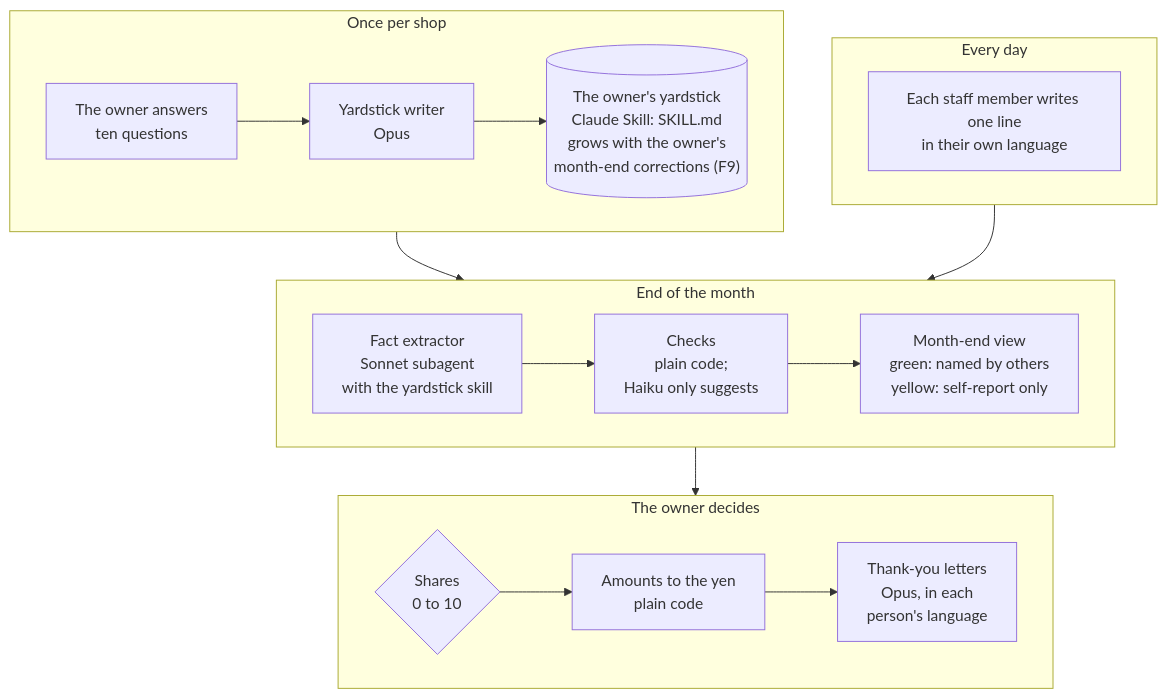
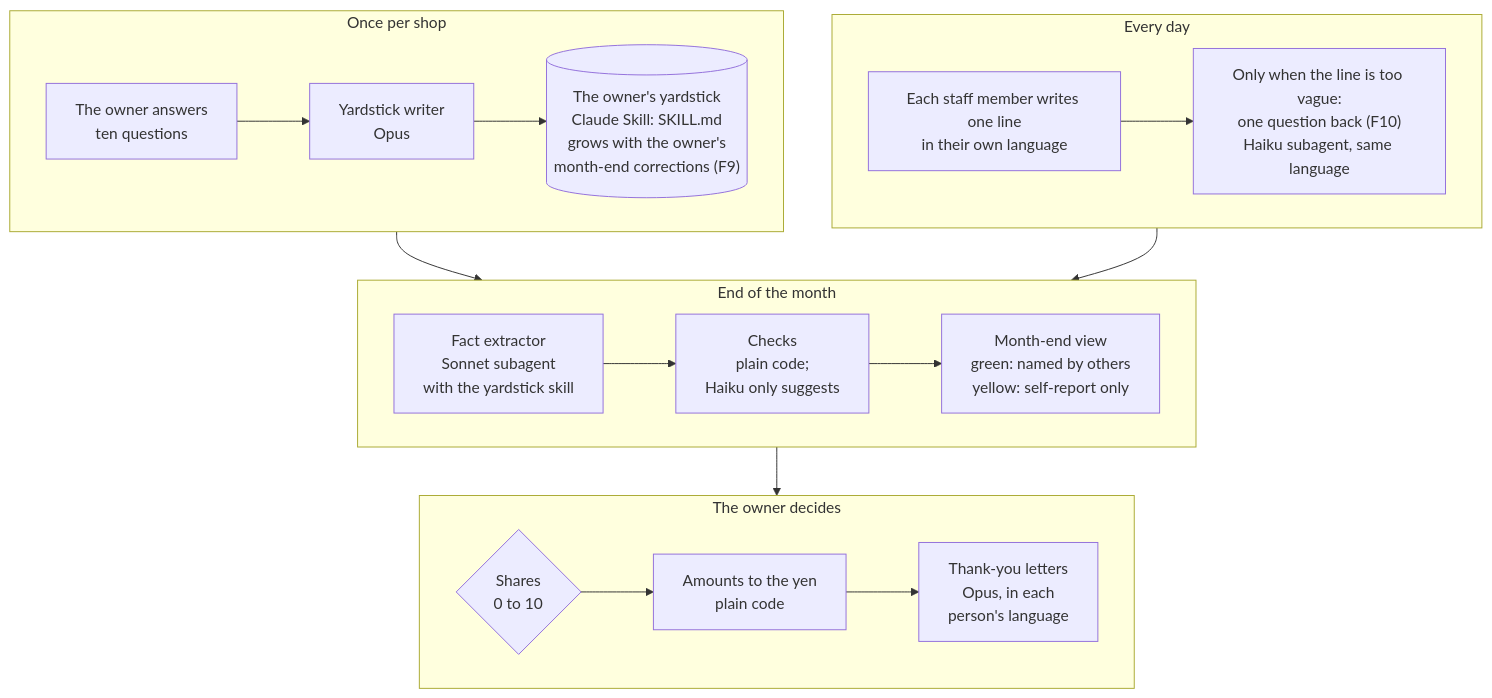
One commit to jojocaw/mienai-ganbari changed the diagram in README.md. Above: the diagram before and after it, drawn with Mermaid. The commit also changed other lines of this file and 18 other files, not shown here.

First line of the commit message:
F10: one question back, only when a line is too vague to say who did what

````diff
--- a/README.md
+++ b/README.md
@@ -29,21 +29,22 @@
 ```mermaid
 flowchart TB
   subgraph once["Once per shop"]
     direction LR
     Q["The owner answers<br/>ten questions"] --> W["Yardstick writer<br/>Opus"] --> K[("The owner's yardstick<br/>Claude Skill: SKILL.md<br/>grows with the owner's<br/>month-end corrections (F9)")]
   end
   subgraph daily["Every day"]
-    S["Each staff member writes one line<br/>in their own language"]
+    direction LR
+    S["Each staff member writes one line<br/>in their own language"] --> B["Only when the line is too vague:<br/>one question back (F10)<br/>Haiku subagent, same language"]
   end
   subgraph facts["End of the month"]
     direction LR
     X["Fact extractor<br/>Sonnet subagent<br/>with the yardstick skill"] --> C["Checks<br/>plain code;<br/>Haiku only suggests"] --> M["Month-end view<br/>green: named by others<br/>yellow: self-report only"]
   end
   subgraph decide["The owner decides"]
     direction LR
     O{"Shares<br/>0 to 10"} --> A["Amounts to the yen<br/>plain code"] --> L["Thank-you letters<br/>Opus, in each<br/>person's language"]
   end
   once --> facts
   daily --> facts
   facts --> decide
 ```
````
